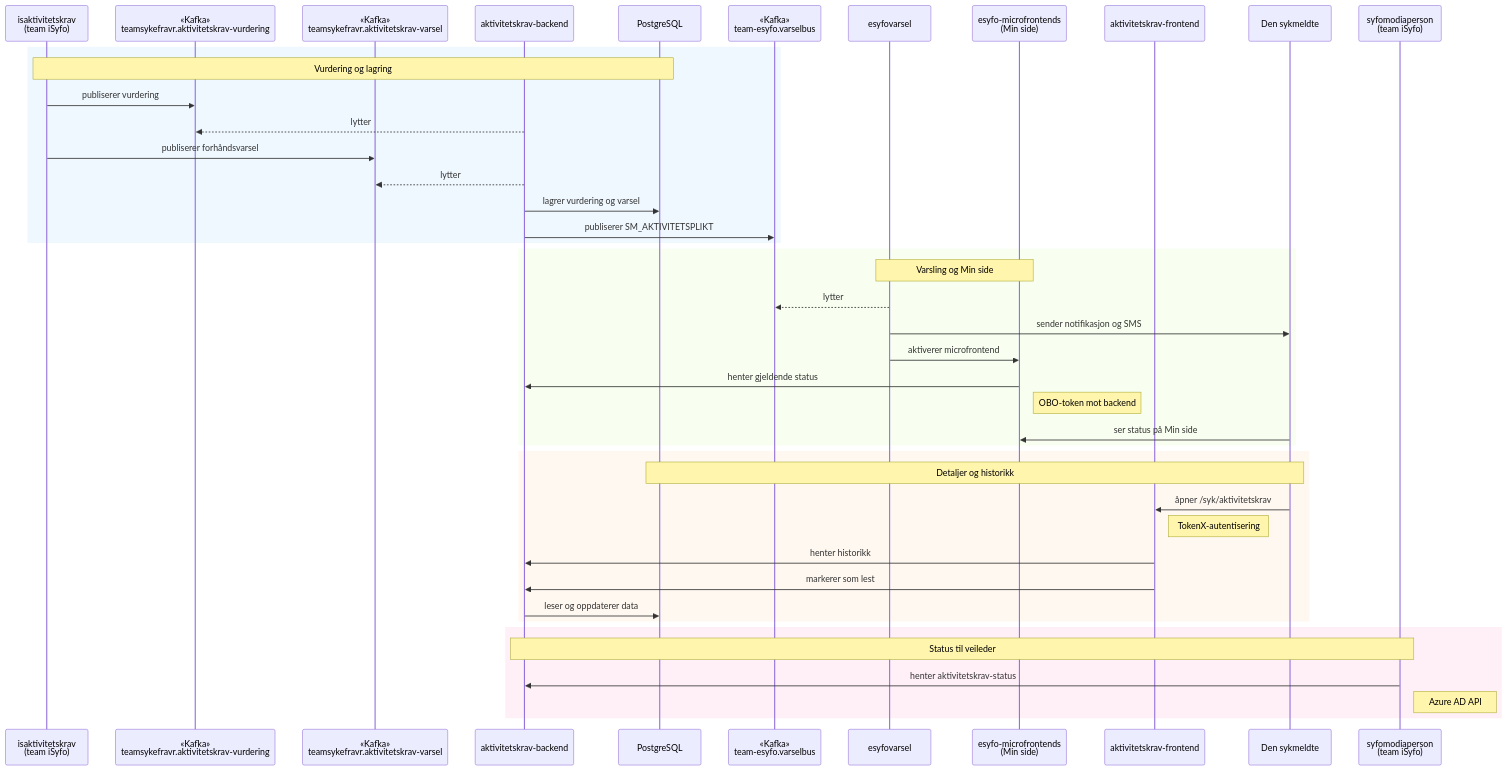
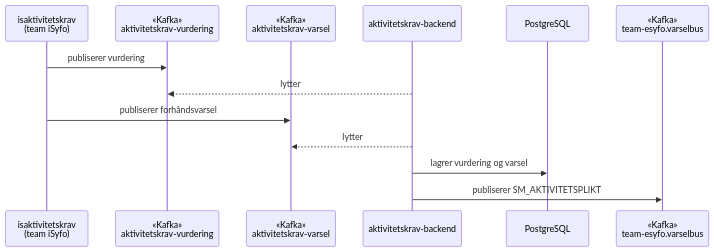
Before and after one commit to navikt/team-esyfo: the first of 4 diagrams in docs/omrader/aktivitetskrav/teknisk.md, drawn with Mermaid. The commit also changed other lines of this file and 3 other files, not shown here.

First line of the commit message:
fix: fjern hardkodede rect-farger for mermaid dark mode

````diff
--- a/docs/omrader/aktivitetskrav/teknisk.md
+++ b/docs/omrader/aktivitetskrav/teknisk.md
@@ -7,53 +9,16 @@
 ```mermaid
 sequenceDiagram
     participant isak as isaktivitetskrav<br/>(team iSyfo)
-    participant vurderingtopic as «Kafka»<br/>teamsykefravr.aktivitetskrav-vurdering
-    participant varseltopic as «Kafka»<br/>teamsykefravr.aktivitetskrav-varsel
+    participant vurderingtopic as «Kafka»<br/>aktivitetskrav-vurdering
+    participant varseltopic as «Kafka»<br/>aktivitetskrav-varsel
     participant backend as aktivitetskrav-backend
     participant db as PostgreSQL
     participant varselbus as «Kafka»<br/>team-esyfo.varselbus
-    participant esyfovarsel as esyfovarsel
-    participant micro as esyfo-microfrontends<br/>(Min side)
-    participant frontend as aktivitetskrav-frontend
-    participant bruker as Den sykmeldte
-    participant modia as syfomodiaperson<br/>(team iSyfo)
-
-    rect rgb(240, 248, 255)
-    Note over isak,db: Vurdering og lagring
 
     isak->>vurderingtopic: publiserer vurdering
     backend-->>vurderingtopic: lytter
     isak->>varseltopic: publiserer forhåndsvarsel
     backend-->>varseltopic: lytter
     backend->>db: lagrer vurdering og varsel
     backend->>varselbus: publiserer SM_AKTIVITETSPLIKT
-    end
-
-    rect rgb(248, 255, 240)
-    Note over esyfovarsel,micro: Varsling og Min side
-
-    esyfovarsel-->>varselbus: lytter
-    esyfovarsel->>bruker: sender notifikasjon og SMS
-    esyfovarsel->>micro: aktiverer microfrontend
-    micro->>backend: henter gjeldende status
-    Note right of micro: OBO-token mot backend
-    bruker->>micro: ser status på Min side
-    end
-
-    rect rgb(255, 248, 240)
-    Note over bruker,db: Detaljer og historikk
-
-    bruker->>frontend: åpner /syk/aktivitetskrav
-    Note right of frontend: TokenX-autentisering
-    frontend->>backend: henter historikk
-    frontend->>backend: markerer som lest
-    backend->>db: leser og oppdaterer data
-    end
-
-    rect rgb(255, 240, 248)
-    Note over backend,modia: Status til veileder
-
-    modia->>backend: henter aktivitetskrav-status
-    Note right of modia: Azure AD API
-    end
 ```
````
